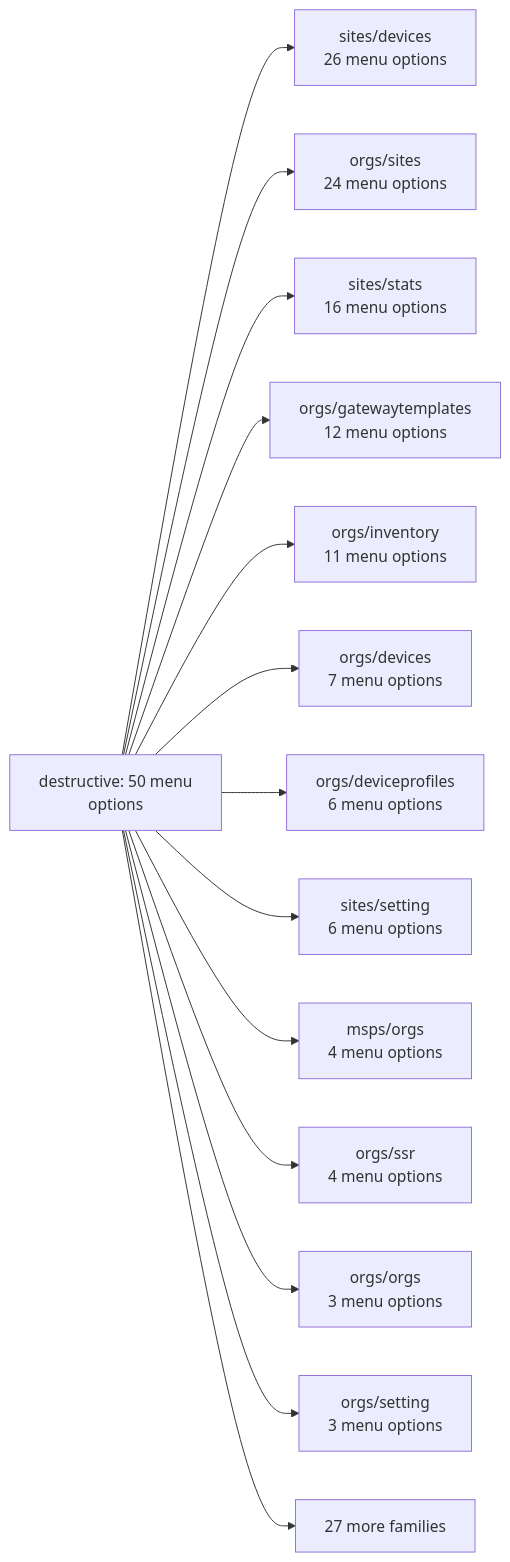
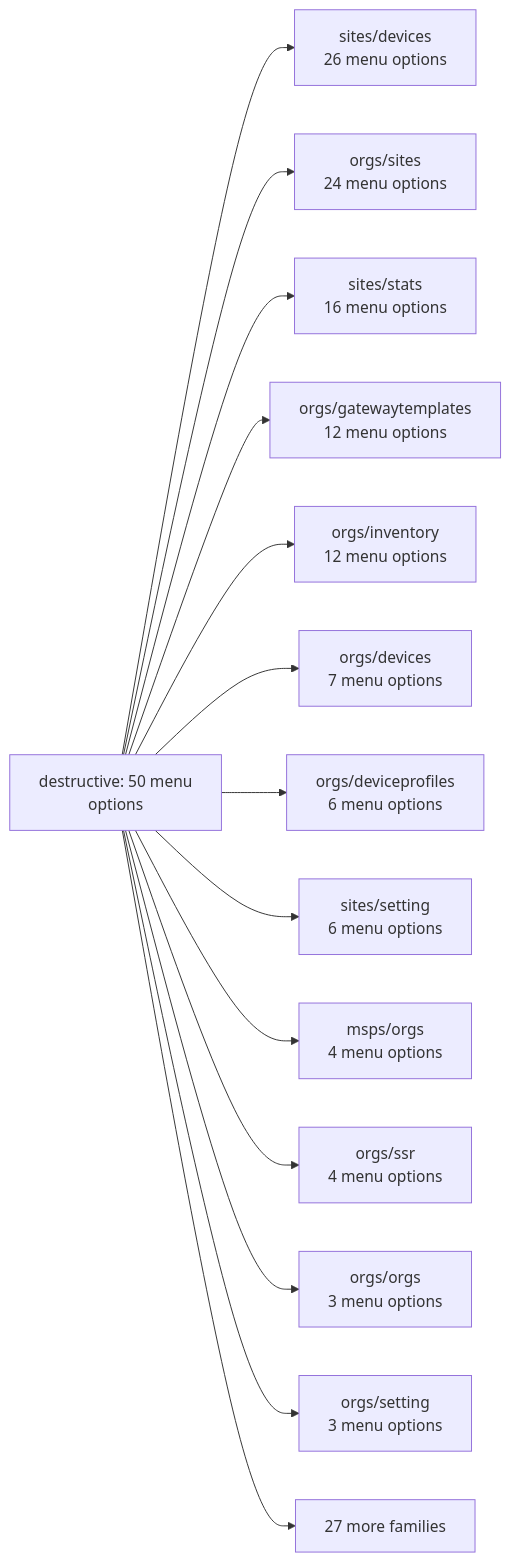
The first of 33 diagrams in documentation/menu-api/destructive.md (jmorrison-juniper/MistHelper), drawn with Mermaid before and after one commit. The commit also changed other lines of this file and 25 other files, not shown here.

````diff
--- a/documentation/menu-api/destructive.md
+++ b/documentation/menu-api/destructive.md
@@ -19,17 +19,17 @@
 ```mermaid
 flowchart LR
     root["destructive: 50 menu<br/>options"]
     root --> f_sites_devices["sites/devices<br/>26 menu options"]
     root --> f_orgs_sites["orgs/sites<br/>24 menu options"]
     root --> f_sites_stats["sites/stats<br/>16 menu options"]
     root --> f_orgs_gatewaytemplates["orgs/gatewaytemplates<br/>12 menu options"]
-    root --> f_orgs_inventory["orgs/inventory<br/>11 menu options"]
+    root --> f_orgs_inventory["orgs/inventory<br/>12 menu options"]
     root --> f_orgs_devices["orgs/devices<br/>7 menu options"]
     root --> f_orgs_deviceprofiles["orgs/deviceprofiles<br/>6 menu options"]
     root --> f_sites_setting["sites/setting<br/>6 menu options"]
     root --> f_msps_orgs["msps/orgs<br/>4 menu options"]
     root --> f_orgs_ssr["orgs/ssr<br/>4 menu options"]
     root --> f_orgs_orgs["orgs/orgs<br/>3 menu options"]
     root --> f_orgs_setting["orgs/setting<br/>3 menu options"]
     root --> more["27 more families"]
 ```
````
